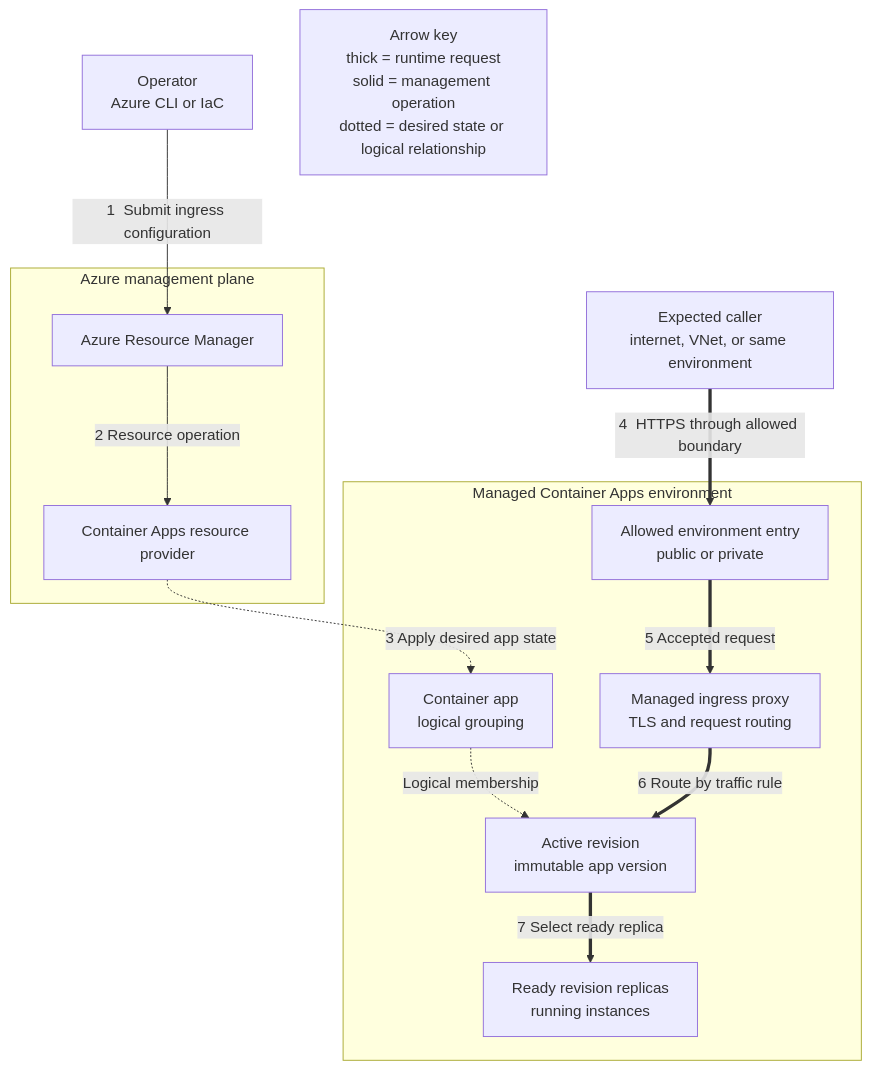
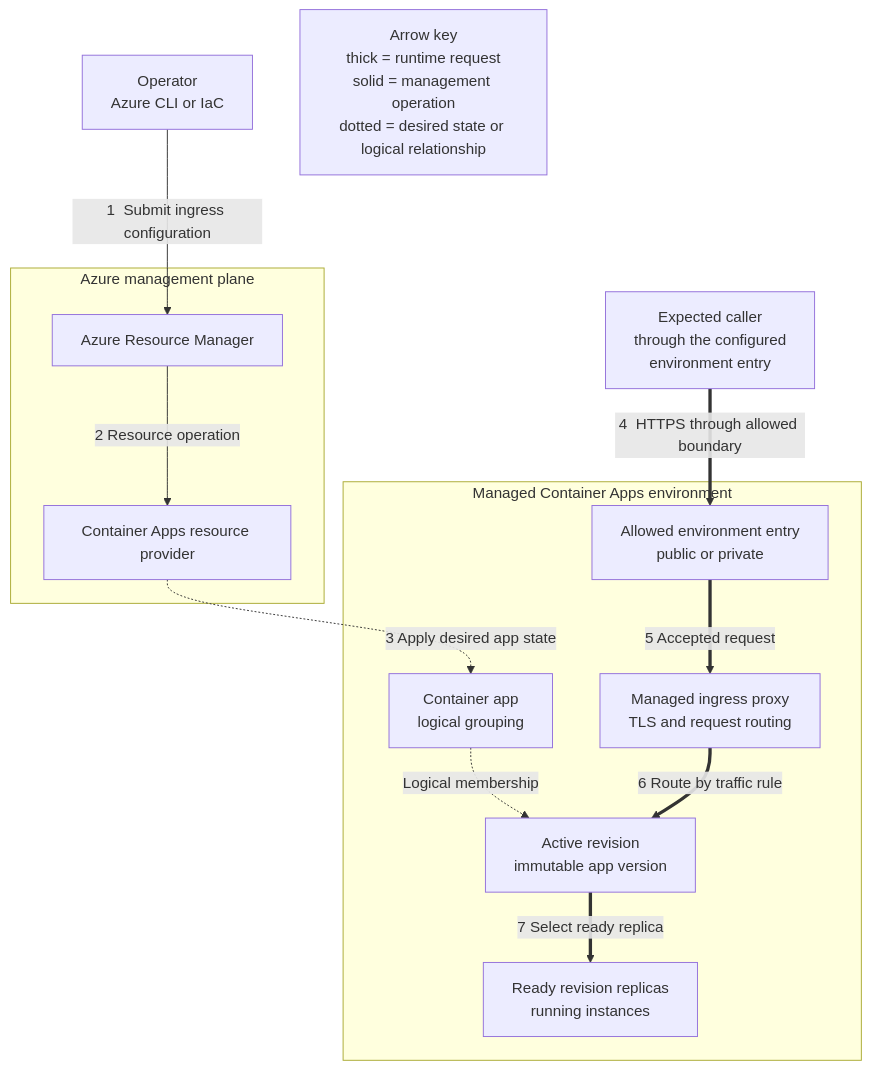
Before and after one commit to yeongseon/azure-container-apps-practical-guide: the first of 3 diagrams in docs/operations/deployment/networking.md, drawn with Mermaid. The commit also changed other lines of this file and 1 other file, not shown here.

Commit message:
fix(diagrams): qualify internal ingress route exposure

````diff
--- a/docs/operations/deployment/networking.md
+++ b/docs/operations/deployment/networking.md
@@ -132,33 +136,33 @@
 ```mermaid
 flowchart TD
     accTitle: Deploy and verify Container Apps ingress
     accDescr: An operator sends an ingress update through Azure Resource Manager. The platform applies the desired app configuration. A separate caller request reaches an allowed environment entry, then the managed ingress proxy routes it to an active revision and a ready replica. Dotted arrows are management or logical relationships; thick arrows are request transport.
 
     OPERATOR["Operator<br/>Azure CLI or IaC"]
-    CALLER["Expected caller<br/>internet, VNet, or same environment"]
+    CALLER["Expected caller<br/>through the configured<br/>environment entry"]
 
     subgraph MGMT["Azure management plane"]
         ARM["Azure Resource Manager"]
         RP["Container Apps resource provider"]
     end
 
     subgraph ENV["Managed Container Apps environment"]
         ENTRY["Allowed environment entry<br/>public or private"]
         INGRESS["Managed ingress proxy<br/>TLS and request routing"]
         APP["Container app<br/>logical grouping"]
         REV_ACTIVE["Active revision<br/>immutable app version"]
         REPLICAS["Ready revision replicas<br/>running instances"]
     end
 
     OPERATOR -->|"1  Submit ingress configuration"| ARM
     ARM -->|"2  Resource operation"| RP
     RP -.->|"3  Apply desired app state"| APP
     APP -.->|"Logical membership"| REV_ACTIVE
 
     CALLER ==>|"4  HTTPS through allowed boundary"| ENTRY
     ENTRY ==>|"5  Accepted request"| INGRESS
     INGRESS ==>|"6  Route by traffic rule"| REV_ACTIVE
     REV_ACTIVE ==>|"7  Select ready replica"| REPLICAS
 
     LEGEND["Arrow key<br/>thick = runtime request<br/>solid = management operation<br/>dotted = desired state or logical relationship"]
 ```
````
